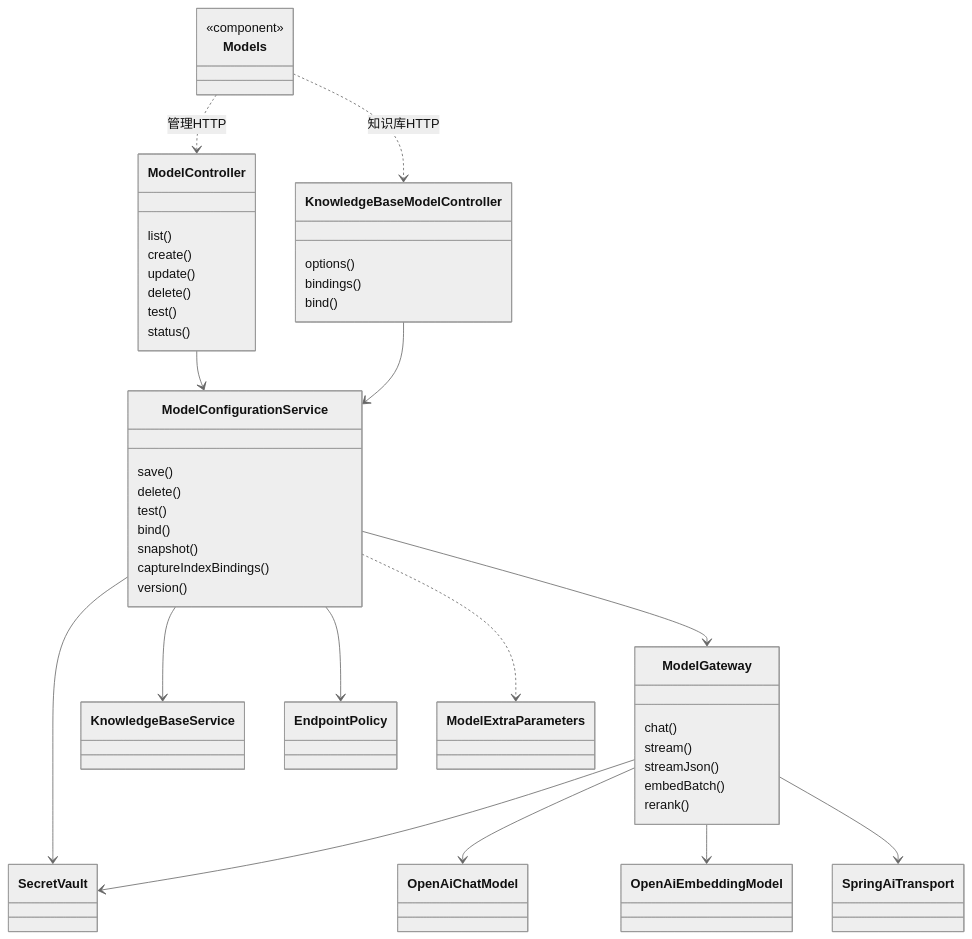
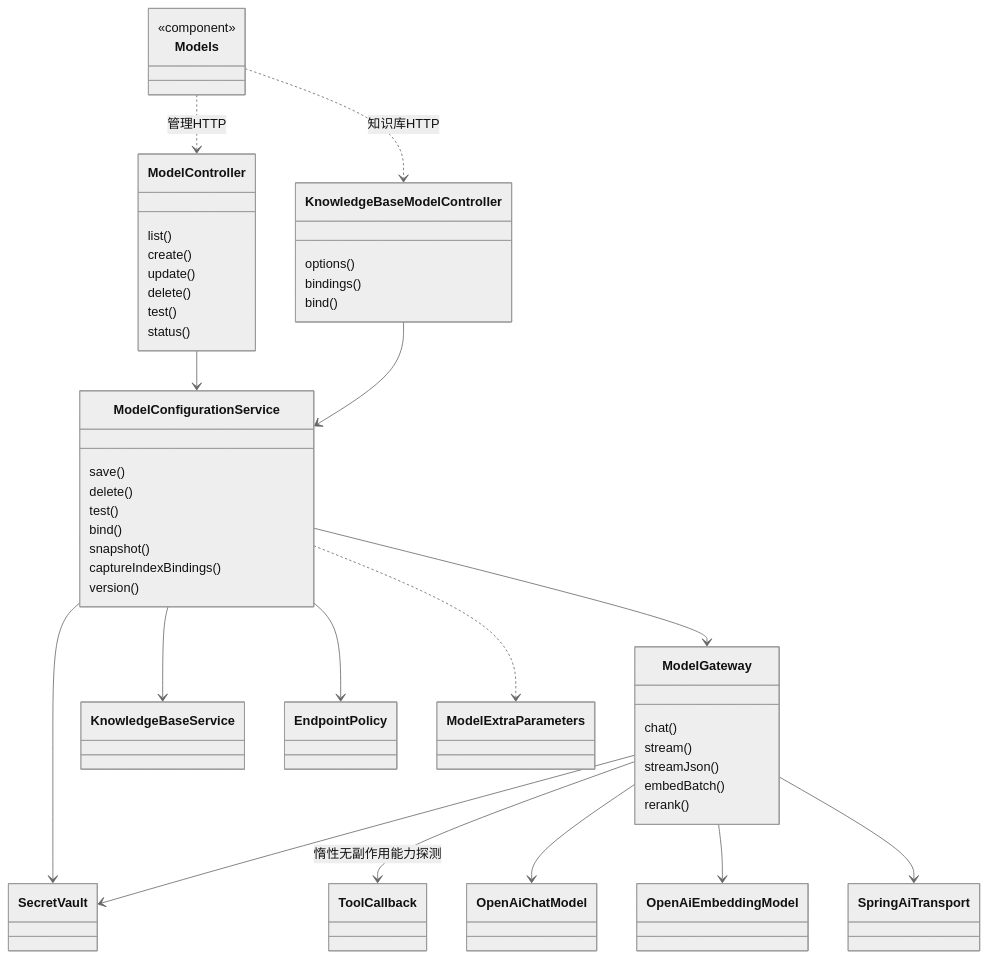
The first of 3 diagrams in docs/模型配置实现.md (czhcc/TjLightRAG), drawn with Mermaid (neutral theme) before and after one commit. The commit also changed other lines of this file and 48 other files, not shown here.

````diff
--- a/docs/模型配置实现.md
+++ b/docs/模型配置实现.md
@@ -20,48 +22,49 @@
 ```mermaid
 classDiagram
+    ModelGateway --> ToolCallback : 惰性无副作用能力探测
     class Models {
       <<component>>
     }
     class ModelController {
       list()
       create()
       update()
       delete()
       test()
       status()
     }
     class KnowledgeBaseModelController {
       options()
       bindings()
       bind()
     }
     class ModelConfigurationService {
       save()
       delete()
       test()
       bind()
       snapshot()
       captureIndexBindings()
       version()
     }
     class ModelGateway {
       chat()
       stream()
       streamJson()
       embedBatch()
       rerank()
     }
     Models ..> ModelController : 管理HTTP
     Models ..> KnowledgeBaseModelController : 知识库HTTP
     ModelController --> ModelConfigurationService
     KnowledgeBaseModelController --> ModelConfigurationService
     ModelConfigurationService --> KnowledgeBaseService
     ModelConfigurationService --> SecretVault
     ModelConfigurationService --> EndpointPolicy
     ModelConfigurationService --> ModelGateway
     ModelConfigurationService ..> ModelExtraParameters
     ModelGateway --> SecretVault
     ModelGateway --> OpenAiChatModel
     ModelGateway --> OpenAiEmbeddingModel
     ModelGateway --> SpringAiTransport
 ```
````
